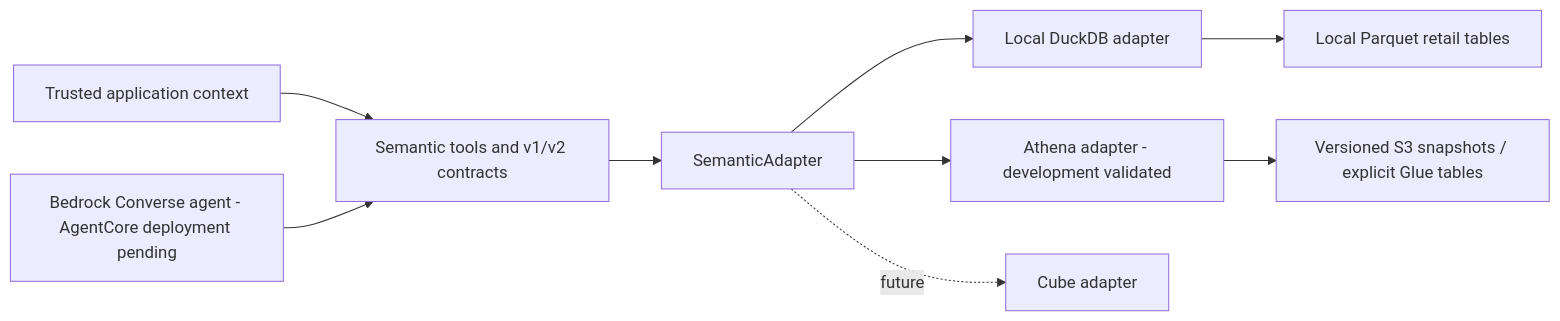
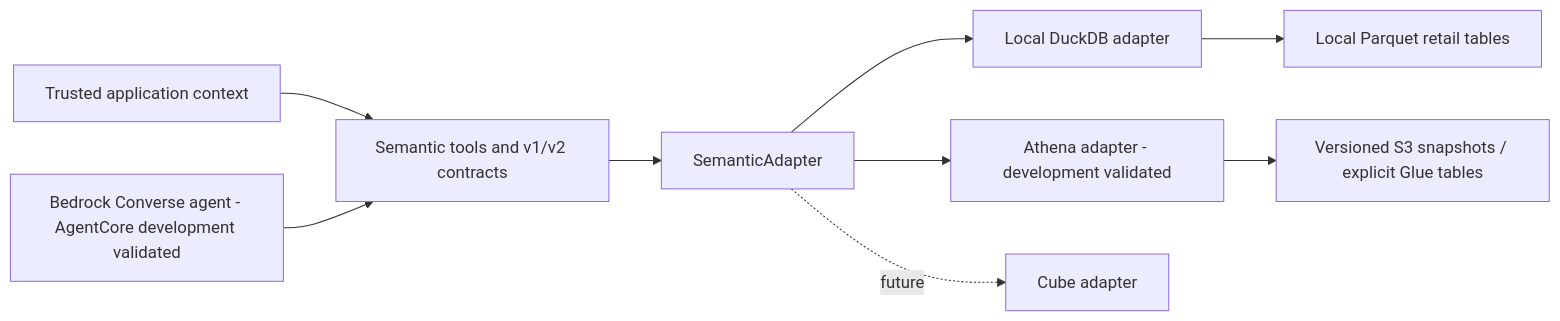
Before and after one commit to sureshkm-ai/enterprise-analytics-agent: the diagram in docs/architecture.md, drawn with Mermaid. The commit also changed other lines of this file and 4 other files, not shown here.

````diff
--- a/docs/architecture.md
+++ b/docs/architecture.md
@@ -5,11 +5,11 @@
 ```mermaid
 flowchart LR
     App[Trusted application context] --> Tools[Semantic tools and v1/v2 contracts]
-    Agent[Bedrock Converse agent - AgentCore deployment pending] --> Tools
+    Agent[Bedrock Converse agent - AgentCore development validated] --> Tools
     Tools --> Interface[SemanticAdapter]
     Interface --> Local[Local DuckDB adapter]
     Interface --> Athena[Athena adapter - development validated]
     Athena --> Warehouse[Versioned S3 snapshots / explicit Glue tables]
     Interface -. future .-> Cube[Cube adapter]
     Local --> Data[Local Parquet retail tables]
 ```
````
